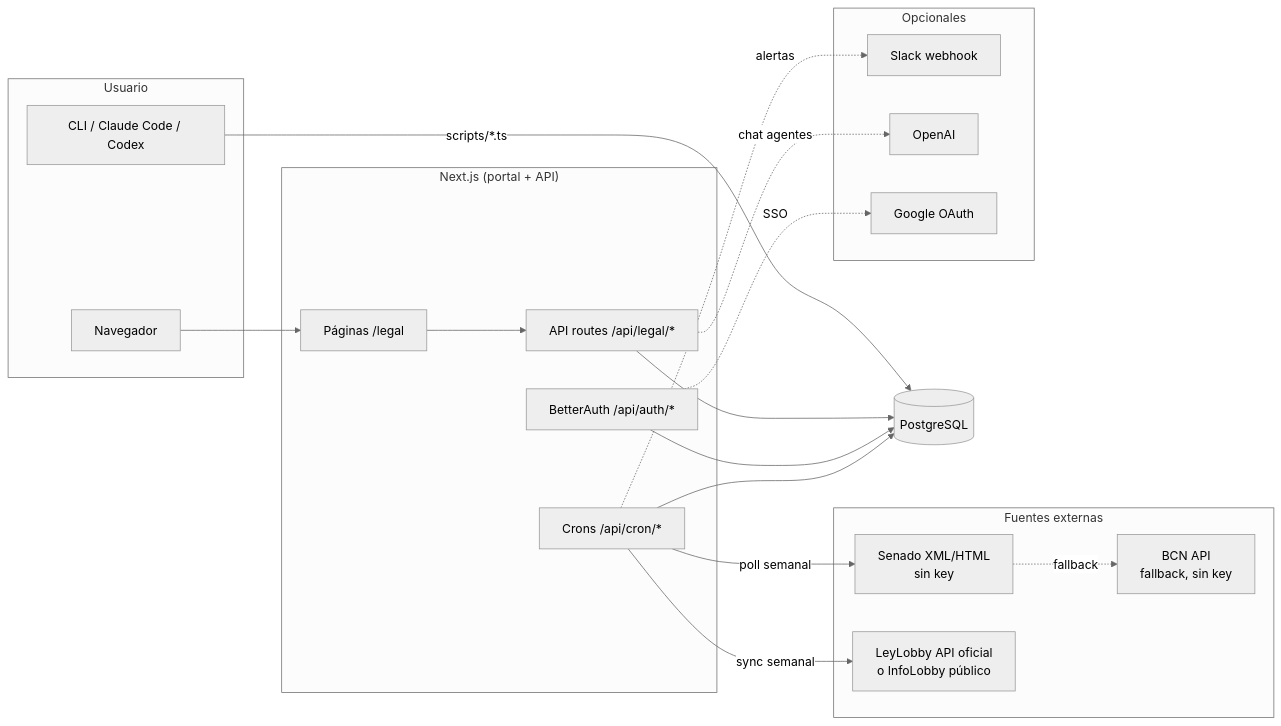
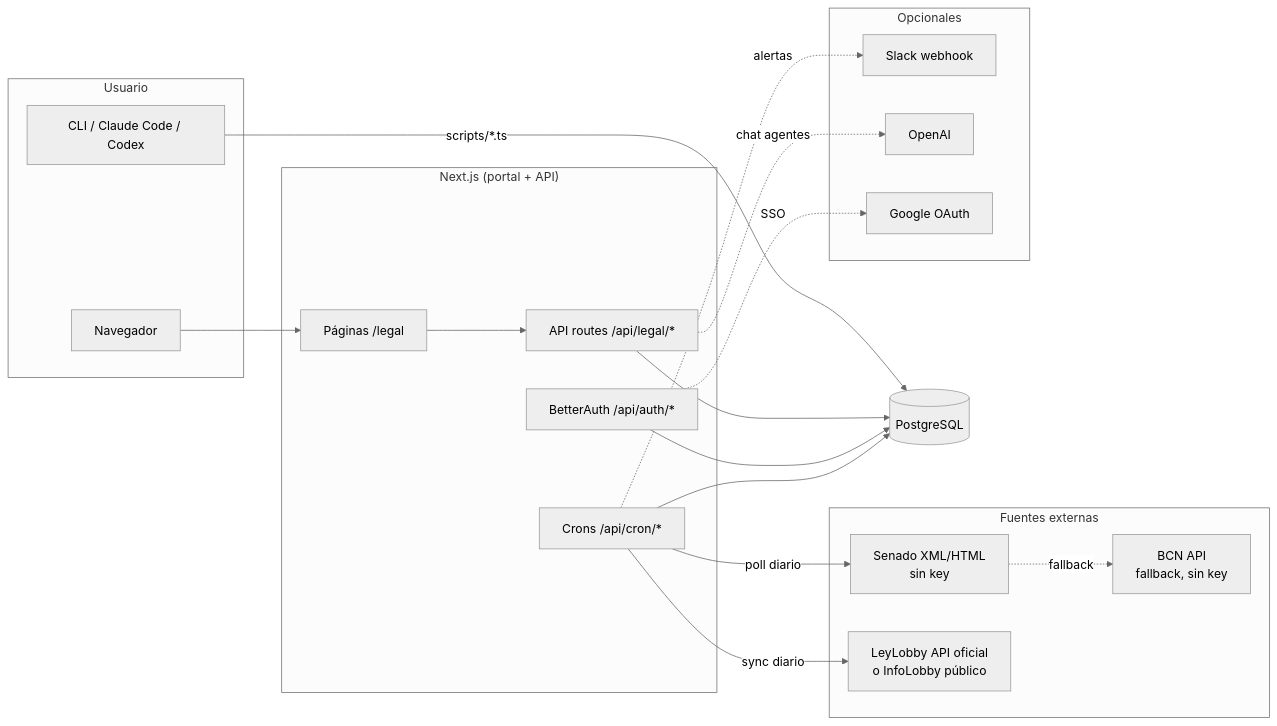
Before and after one commit to raimundo-hp67/Radar-legislativo: the first of 2 diagrams in ARCHITECTURE.md, drawn with Mermaid (neutral theme). The commit also changed other lines of this file and 11 other files, not shown here.

````diff
--- a/ARCHITECTURE.md
+++ b/ARCHITECTURE.md
@@ -12,40 +12,40 @@
 ```mermaid
 flowchart LR
     subgraph Usuario
         B[Navegador]
         CLI[CLI / Claude Code / Codex]
     end
 
     subgraph App["Next.js (portal + API)"]
         UI[Páginas /legal]
         API[API routes /api/legal/*]
         CRON[Crons /api/cron/*]
         AUTH[BetterAuth /api/auth/*]
     end
 
     DB[(PostgreSQL)]
 
     subgraph Externas["Fuentes externas"]
         SEN[Senado XML/HTML<br/>sin key]
         BCN[BCN API<br/>fallback, sin key]
         LOBBY[LeyLobby API oficial<br/>o InfoLobby público]
     end
 
     subgraph Opcionales
         SLACK[Slack webhook]
         OAI[OpenAI]
         GOOG[Google OAuth]
     end
 
     B --> UI --> API
     CLI -->|scripts/*.ts| DB
     API --> DB
     AUTH --> DB
     AUTH -.SSO.-> GOOG
-    CRON -->|poll semanal| SEN
+    CRON -->|poll diario| SEN
     SEN -.fallback.-> BCN
-    CRON -->|sync semanal| LOBBY
+    CRON -->|sync diario| LOBBY
     CRON --> DB
     CRON -.alertas.-> SLACK
     API -.chat agentes.-> OAI
 ```
````
